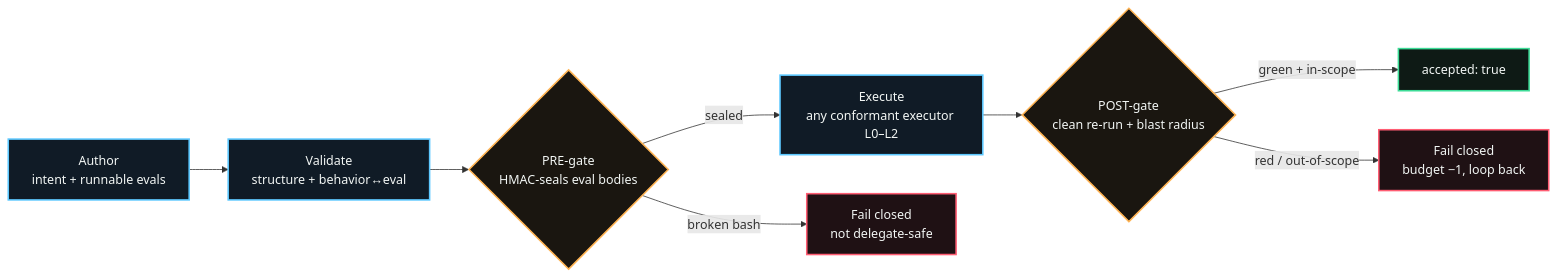
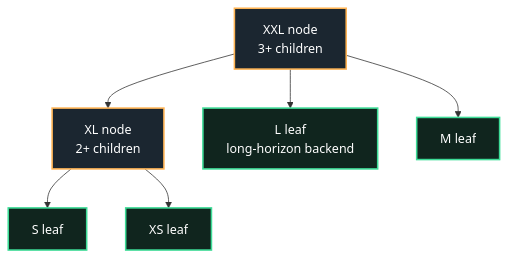
The second of 3 diagrams in README.md (luanmorenommaciel/task-spec), drawn with Mermaid before and after one commit. The commit also changed other lines of this file and 107 other files, not shown here.

````diff
--- a/README.md
+++ b/README.md
@@ -86,19 +116,12 @@
 ```mermaid
-flowchart LR
-    A["Author<br/>intent + runnable evals"] --> V["Validate<br/>structure + behavior↔eval"]
-    V --> G{"PRE-gate<br/>HMAC-seals eval bodies"}
-    G -- sealed --> X["Execute<br/>any conformant executor L0–L2"]
-    G -- broken bash --> R1["Fail closed<br/>not delegate-safe"]
-    X --> P{"POST-gate<br/>clean re-run + blast radius"}
-    P -- green + in-scope --> D["accepted: true"]
-    P -- red / out-of-scope --> R2["Fail closed<br/>budget −1, loop back"]
-
-    classDef human fill:#101b26,stroke:#5cc8ff,color:#f2f6f4,stroke-width:2px;
-    classDef gate fill:#1a1610,stroke:#ffb454,color:#f2f6f4,stroke-width:2px;
-    classDef done fill:#0e1a15,stroke:#3ddc97,color:#f2f6f4,stroke-width:2px;
-    classDef stop fill:#1f1114,stroke:#ff5d73,color:#f2f6f4,stroke-width:2px;
-    class A,V,X human;
-    class G,P gate;
-    class D done;
-    class R1,R2 stop;
+flowchart TD
+    XXL["XXL node<br/>3+ children"] --> XL1["XL node<br/>2+ children"]
+    XXL --> L1["L leaf<br/>long-horizon backend"]
+    XXL --> M1["M leaf"]
+    XL1 --> S1["S leaf"]
+    XL1 --> XS1["XS leaf"]
+    classDef node fill:#1b2630,stroke:#ffb454,color:#ffffff,stroke-width:2px;
+    classDef leaf fill:#10251e,stroke:#3ddc97,color:#ffffff,stroke-width:2px;
+    class XXL,XL1 node;
+    class L1,M1,S1,XS1 leaf;
 ```
````
